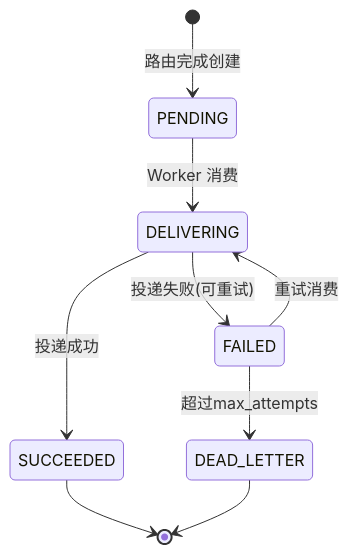
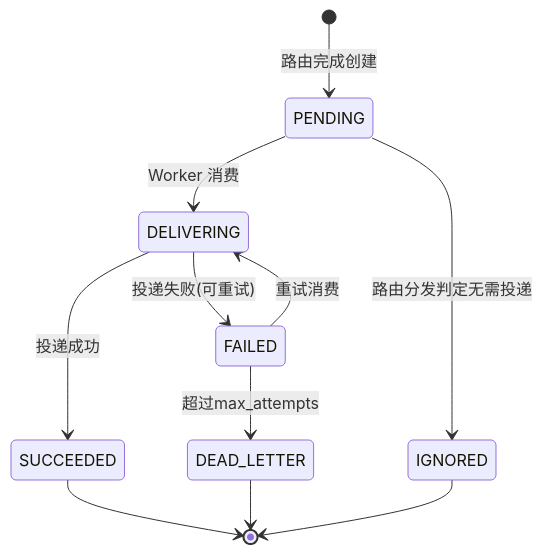
Before and after one commit to xnslong/rc_xnslong: the second of 21 diagrams in doc/requirements/202605-notification-design-dd.md, drawn with Mermaid. The commit also changed other lines of this file and 27 other files, not shown here.

````diff
--- a/doc/requirements/202605-notification-design-dd.md
+++ b/doc/requirements/202605-notification-design-dd.md
@@ -167,11 +168,13 @@
 ```mermaid
 stateDiagram-v2
     [*] --> PENDING: 路由完成创建
     PENDING --> DELIVERING: Worker 消费
+    PENDING --> IGNORED: 路由分发判定无需投递
     DELIVERING --> SUCCEEDED: 投递成功
     DELIVERING --> FAILED: 投递失败(可重试)
     FAILED --> DELIVERING: 重试消费
     FAILED --> DEAD_LETTER: 超过max_attempts
     SUCCEEDED --> [*]
+    IGNORED --> [*]
     DEAD_LETTER --> [*]
 ```
````
